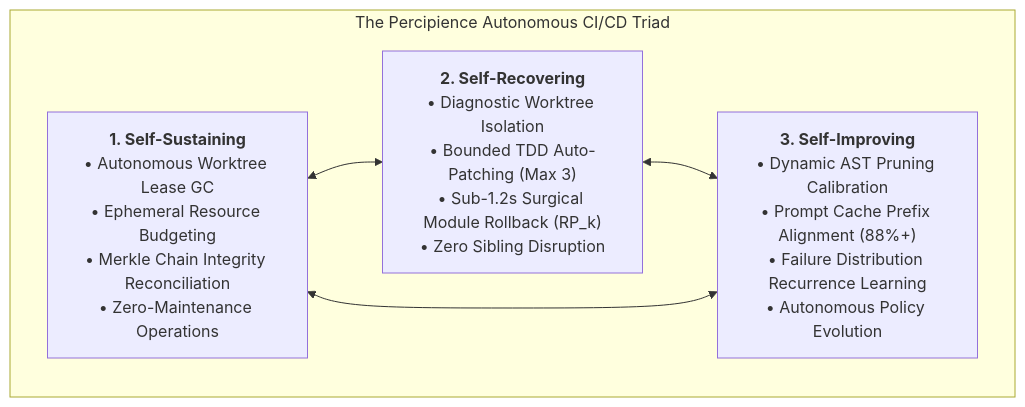
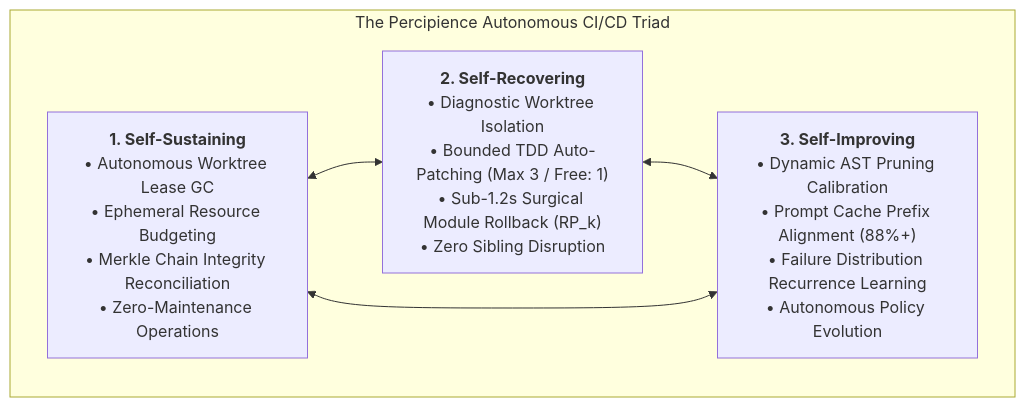
One commit to lakhwindersingh/nb_fairyfly changed the first of 3 diagrams in workplace/docs/reports/autonomous_cicd_roadmap.md. Above: the diagram before and after it, drawn with Mermaid. The commit also changed other lines of this file and 120 other files, not shown here.

````diff
--- a/workplace/docs/reports/autonomous_cicd_roadmap.md
+++ b/workplace/docs/reports/autonomous_cicd_roadmap.md
@@ -19,12 +19,12 @@
 ```mermaid
 graph TD
   subgraph Triad["The Percipience Autonomous CI/CD Triad"]
     SS["<b>1. Self-Sustaining</b><br/>• Autonomous Worktree Lease GC<br/>• Ephemeral Resource Budgeting<br/>• Merkle Chain Integrity Reconciliation<br/>• Zero-Maintenance Operations"]
-    SR["<b>2. Self-Recovering</b><br/>• Diagnostic Worktree Isolation<br/>• Bounded TDD Auto-Patching (Max 3)<br/>• Sub-1.2s Surgical Module Rollback (RP_k)<br/>• Zero Sibling Disruption"]
+    SR["<b>2. Self-Recovering</b><br/>• Diagnostic Worktree Isolation<br/>• Bounded TDD Auto-Patching (Max 3 / Free: 1)<br/>• Sub-1.2s Surgical Module Rollback (RP_k)<br/>• Zero Sibling Disruption"]
     SI["<b>3. Self-Improving</b><br/>• Dynamic AST Pruning Calibration<br/>• Prompt Cache Prefix Alignment (88%+)<br/>• Failure Distribution Recurrence Learning<br/>• Autonomous Policy Evolution"]
   end
 
   SS <--> SR
   SR <--> SI
   SI <--> SS
 ```
````
